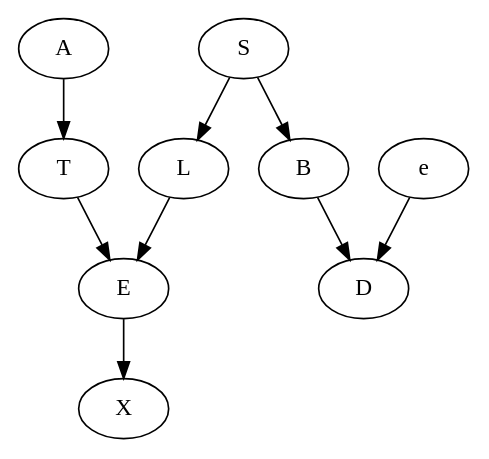
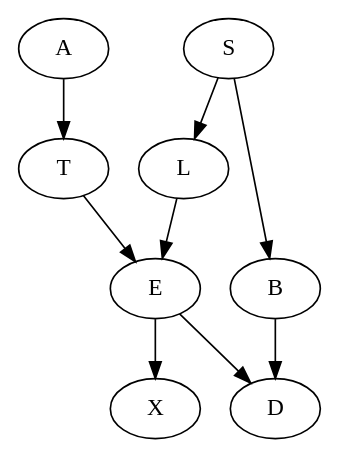
The diagram in projectPDS/associated_tree.dot (AmedeoSarpa/Bayesian_Network_Inference_Engine), drawn with Graphviz before and after one commit. The commit also changed 44 other files, not shown here.

```diff
--- a/projectPDS/associated_tree.dot
+++ b/projectPDS/associated_tree.dot
@@ -1,19 +1,18 @@
 digraph G {
 0[label=A];
 1[label=S];
 2[label=T];
 3[label=L];
 4[label=E];
 5[label=B];
 6[label=X];
 7[label=D];
-8[label=e];
 0->2 ;
 1->3 ;
 1->5 ;
 2->4 ;
 3->4 ;
+4->7 ;
 4->6 ;
 5->7 ;
-8->7 ;
 }
```
